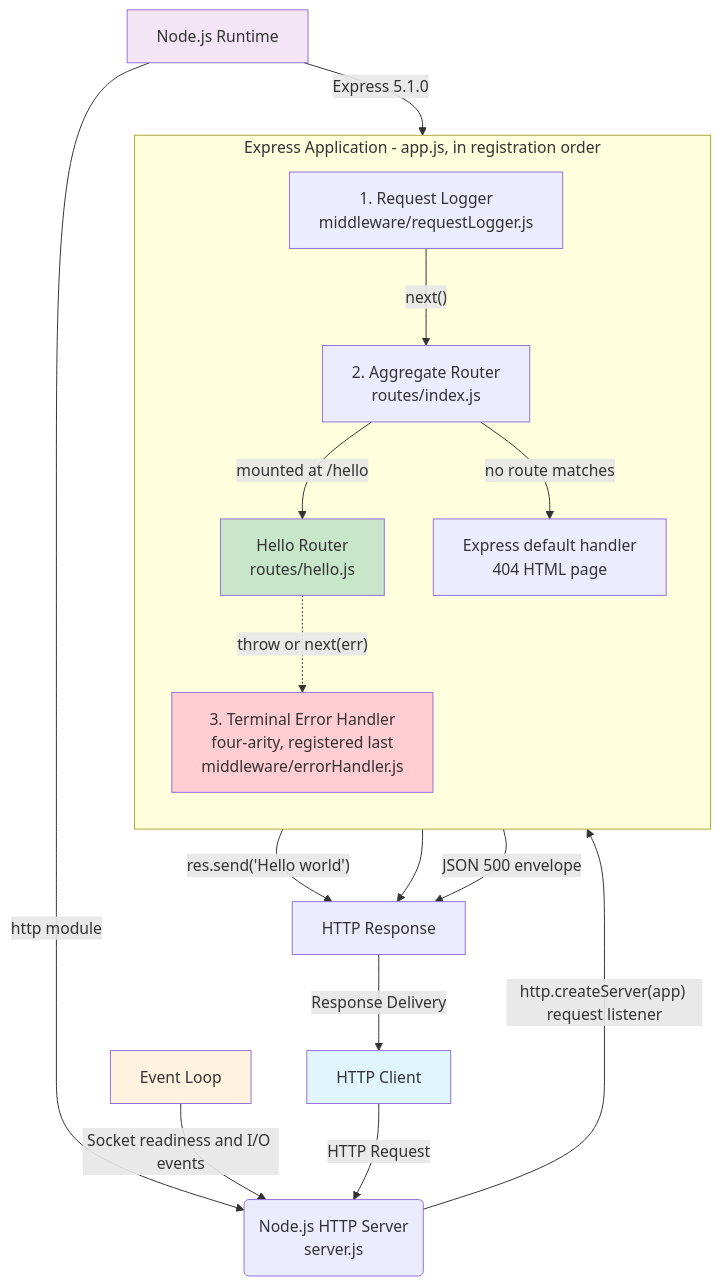
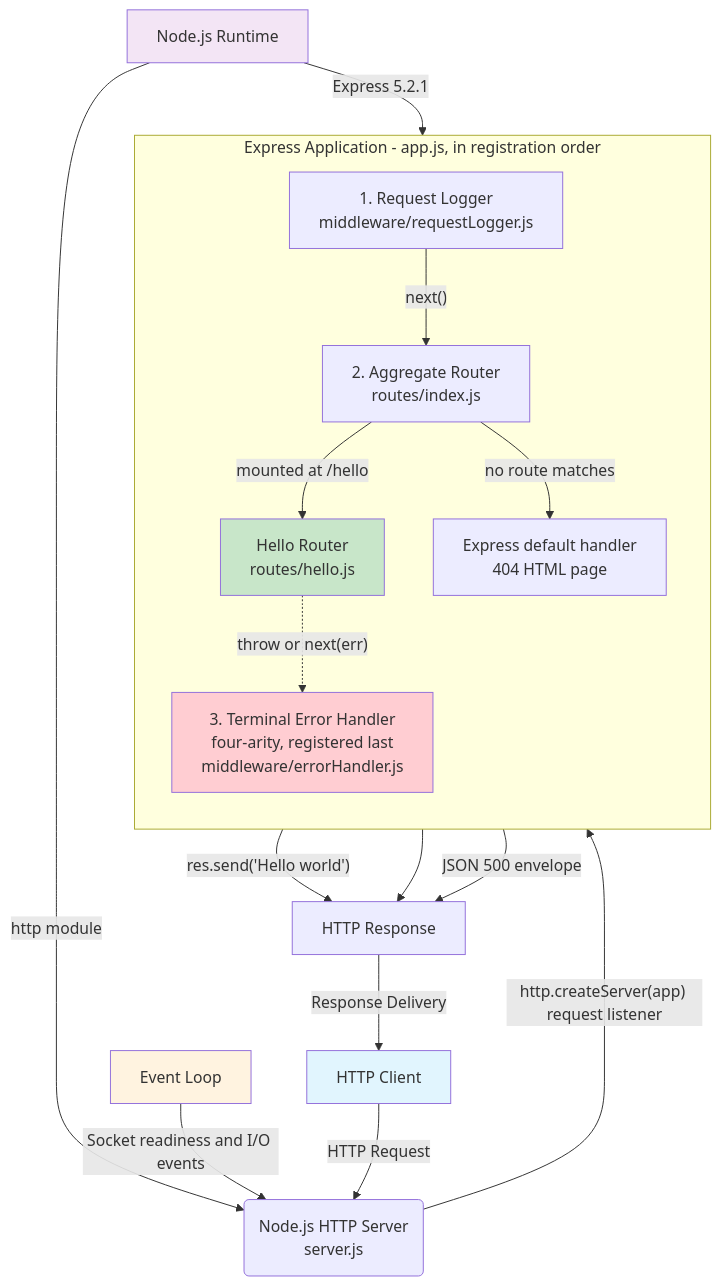
The first of 2 diagrams in docs/architecture/overview.md (blitzytest02/AlreadyExisting), drawn with Mermaid before and after one commit. The commit also changed other lines of this file and 21 other files, not shown here.

````diff
--- a/docs/architecture/overview.md
+++ b/docs/architecture/overview.md
@@ -27,33 +27,33 @@
 ```mermaid
 graph TD
     A[HTTP Client] -->|HTTP Request| B("Node.js HTTP Server<br/>server.js")
 
     subgraph App["Express Application - app.js, in registration order"]
         direction TB
         L["1. Request Logger<br/>middleware/requestLogger.js"]
         D["2. Aggregate Router<br/>routes/index.js"]
         E["Hello Router<br/>routes/hello.js"]
         NF["Express default handler<br/>404 HTML page"]
         H["3. Terminal Error Handler<br/>four-arity, registered last<br/>middleware/errorHandler.js"]
         L -->|"next()"| D
         D -->|"mounted at /hello"| E
         D -->|"no route matches"| NF
         E -.->|"throw or next(err)"| H
     end
 
     B -->|"http.createServer(app) request listener"| L
     E -->|"res.send('Hello world')"| RES["HTTP Response"]
     NF --> RES
     H -->|"JSON 500 envelope"| RES
     RES -->|Response Delivery| A
 
     F[Event Loop] -->|"Socket readiness and I/O events"| B
     G[Node.js Runtime] -->|"http module"| B
-    G -->|"Express 5.1.0"| App
+    G -->|"Express 5.2.1"| App
 
     style A fill:#e1f5fe
     style E fill:#c8e6c9
     style F fill:#fff3e0
     style G fill:#f3e5f5
     style H fill:#ffcdd2
 ```
````
